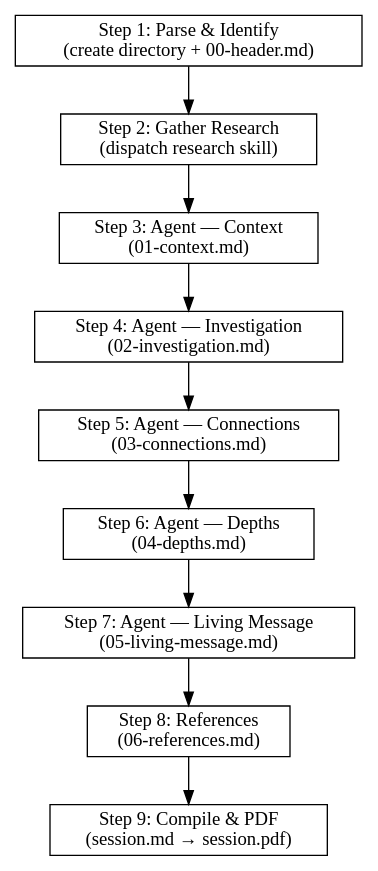
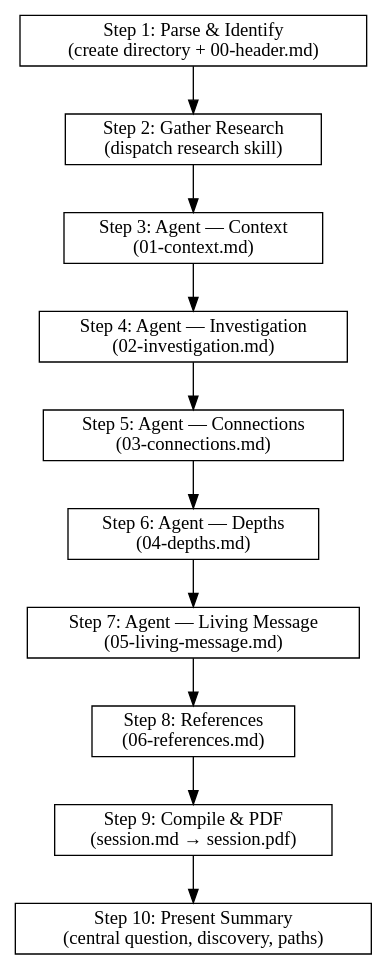
One commit to FayazK/AI-Ustadh changed the diagram in .claude/skills/tadabbur/SKILL.md. Above: the diagram before and after it, drawn with Graphviz. The commit also changed other lines of this file, not shown here.

Commit message:
fix: add missing step 10 to graph and percentage targets to tadabbur skill

````diff
--- a/.claude/skills/tadabbur/SKILL.md
+++ b/.claude/skills/tadabbur/SKILL.md
@@ -162,18 +166,19 @@
 ```dot
 digraph tadabbur_flow {
     rankdir=TB;
     node [shape=box];
 
     parse [label="Step 1: Parse & Identify\n(create directory + 00-header.md)"];
     research [label="Step 2: Gather Research\n(dispatch research skill)"];
     context [label="Step 3: Agent — Context\n(01-context.md)"];
     investigation [label="Step 4: Agent — Investigation\n(02-investigation.md)"];
     connections [label="Step 5: Agent — Connections\n(03-connections.md)"];
     depths [label="Step 6: Agent — Depths\n(04-depths.md)"];
     living [label="Step 7: Agent — Living Message\n(05-living-message.md)"];
     refs [label="Step 8: References\n(06-references.md)"];
     compile [label="Step 9: Compile & PDF\n(session.md → session.pdf)"];
+    summary [label="Step 10: Present Summary\n(central question, discovery, paths)"];
 
-    parse -> research -> context -> investigation -> connections -> depths -> living -> refs -> compile;
+    parse -> research -> context -> investigation -> connections -> depths -> living -> refs -> compile -> summary;
 }
 ```
````
